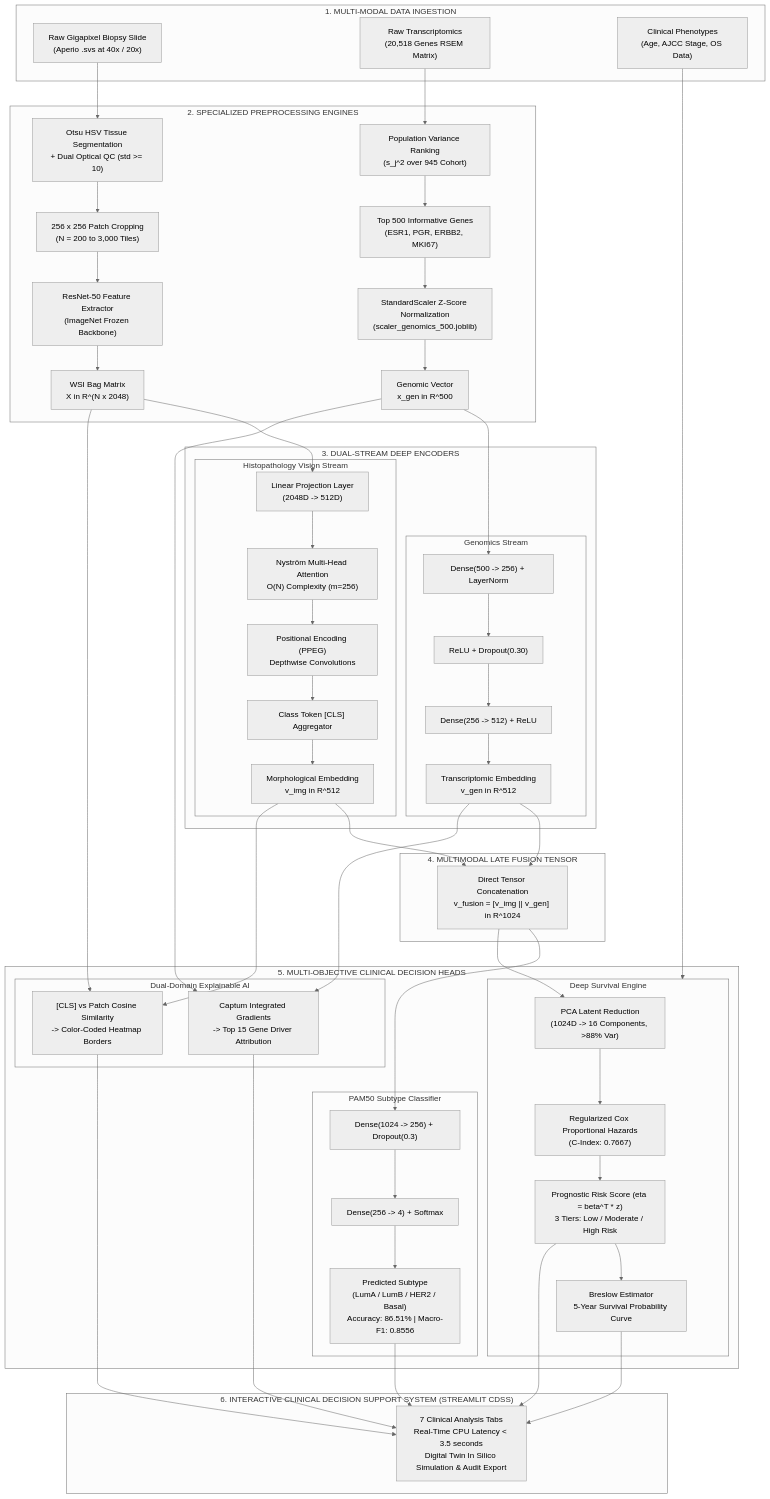
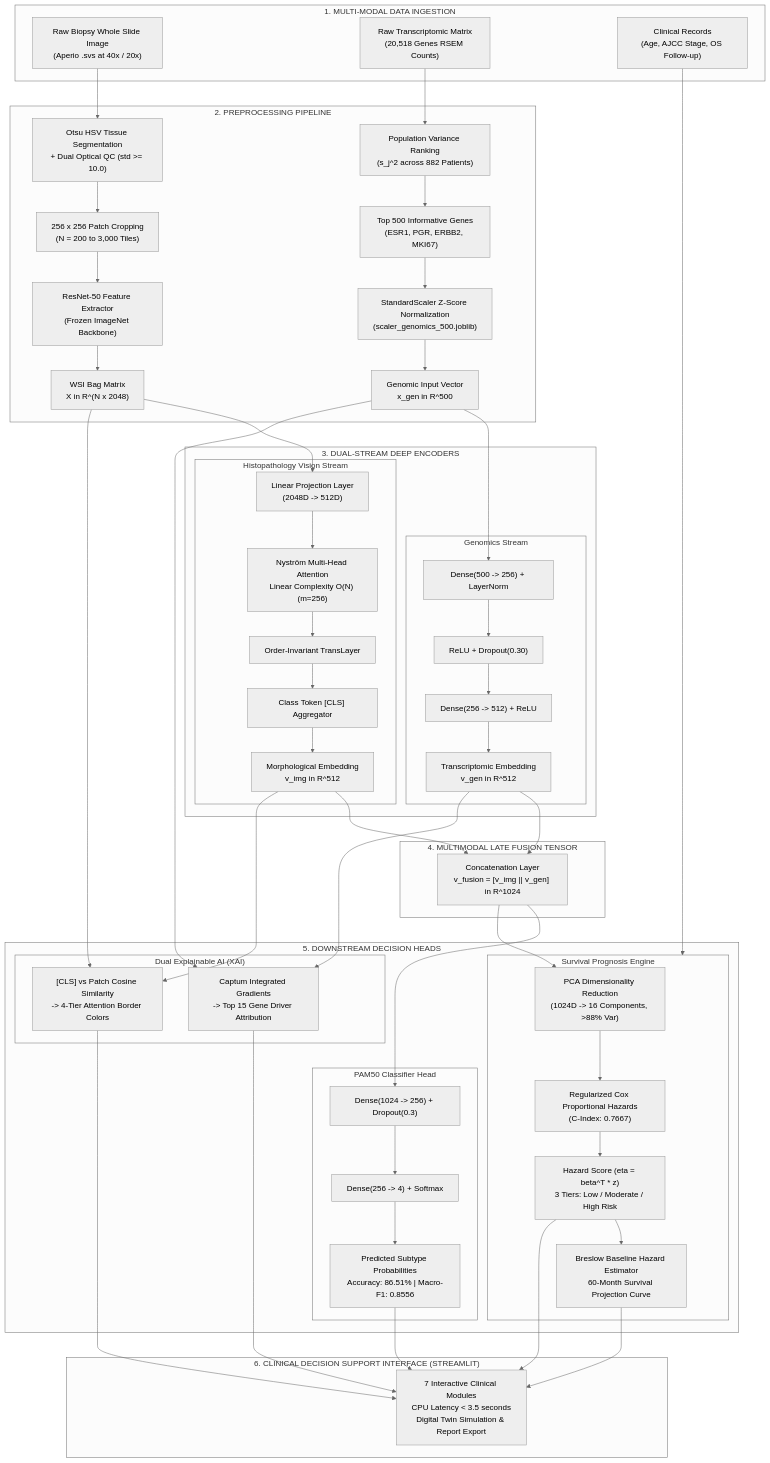
Before and after one commit to Cheesenoice/breast-cancer-cdss: the first of 9 diagrams in README.md, drawn with Mermaid (neutral theme). The commit also changed other lines of this file, not shown here.

Commit message:
docs: standardize README with rigorous, non-hyped academic reporting and exact empirical data from graduation report

````diff
--- a/README.md
+++ b/README.md
@@ -107,79 +102,79 @@
 ```mermaid
 flowchart TD
     subgraph INGESTION["1. MULTI-MODAL DATA INGESTION"]
-        WSI_RAW["Raw Gigapixel Biopsy Slide<br/>(Aperio .svs at 40x / 20x)"]
-        RNA_RAW["Raw Transcriptomics<br/>(20,518 Genes RSEM Matrix)"]
-        CLIN_RAW["Clinical Phenotypes<br/>(Age, AJCC Stage, OS Data)"]
+        WSI_RAW["Raw Biopsy Whole Slide Image<br/>(Aperio .svs at 40x / 20x)"]
+        RNA_RAW["Raw Transcriptomic Matrix<br/>(20,518 Genes RSEM Counts)"]
+        CLIN_RAW["Clinical Records<br/>(Age, AJCC Stage, OS Follow-up)"]
     end
 
-    subgraph PREPROC["2. SPECIALIZED PREPROCESSING ENGINES"]
-        OTSU["Otsu HSV Tissue Segmentation<br/>+ Dual Optical QC (std >= 10)"]
+    subgraph PREPROC["2. PREPROCESSING PIPELINE"]
+        OTSU["Otsu HSV Tissue Segmentation<br/>+ Dual Optical QC (std >= 10.0)"]
         TILES["256 x 256 Patch Cropping<br/>(N = 200 to 3,000 Tiles)"]
-        RESNET["ResNet-50 Feature Extractor<br/>(ImageNet Frozen Backbone)"]
+        RESNET["ResNet-50 Feature Extractor<br/>(Frozen ImageNet Backbone)"]
         BAG["WSI Bag Matrix<br/>X in R^(N x 2048)"]
         
-        VAR_RANK["Population Variance Ranking<br/>(s_j^2 over 945 Cohort)"]
+        VAR_RANK["Population Variance Ranking<br/>(s_j^2 across 882 Patients)"]
         TOP500["Top 500 Informative Genes<br/>(ESR1, PGR, ERBB2, MKI67)"]
         SCALER["StandardScaler Z-Score Normalization<br/>(scaler_genomics_500.joblib)"]
-        V_GEN_IN["Genomic Vector<br/>x_gen in R^500"]
+        V_GEN_IN["Genomic Input Vector<br/>x_gen in R^500"]
     end
 
     subgraph ENCODERS["3. DUAL-STREAM DEEP ENCODERS"]
         subgraph VISION_STREAM["Histopathology Vision Stream"]
             PROJ["Linear Projection Layer<br/>(2048D -> 512D)"]
-            NYSTROM["Nyström Multi-Head Attention<br/>O(N) Complexity (m=256)"]
-            PPEG["Positional Encoding (PPEG)<br/>Depthwise Convolutions"]
+            NYSTROM["Nyström Multi-Head Attention<br/>Linear Complexity O(N) (m=256)"]
+            PPEG["Order-Invariant TransLayer"]
             CLS_POOL["Class Token [CLS] Aggregator"]
             V_IMG["Morphological Embedding<br/>v_img in R^512"]
         end
 
         subgraph GENOMIC_STREAM["Genomics Stream"]
             G_FC1["Dense(500 -> 256) + LayerNorm"]
             G_ACT["ReLU + Dropout(0.30)"]
             G_FC2["Dense(256 -> 512) + ReLU"]
             V_GEN["Transcriptomic Embedding<br/>v_gen in R^512"]
         end
     end
 
     subgraph FUSION["4. MULTIMODAL LATE FUSION TENSOR"]
-        CONCAT["Direct Tensor Concatenation<br/>v_fusion = [v_img || v_gen] in R^1024"]
+        CONCAT["Concatenation Layer<br/>v_fusion = [v_img || v_gen] in R^1024"]
     end
 
-    subgraph HEADS["5. MULTI-OBJECTIVE CLINICAL DECISION HEADS"]
-        subgraph HEAD_DIAG["PAM50 Subtype Classifier"]
+    subgraph HEADS["5. DOWNSTREAM DECISION HEADS"]
+        subgraph HEAD_DIAG["PAM50 Classifier Head"]
             CLF_FC1["Dense(1024 -> 256) + Dropout(0.3)"]
             CLF_OUT["Dense(256 -> 4) + Softmax"]
-            PRED_PAM["Predicted Subtype<br/>(LumA / LumB / HER2 / Basal)<br/>Accuracy: 86.51% | Macro-F1: 0.8556"]
+            PRED_PAM["Predicted Subtype Probabilities<br/>Accuracy: 86.51% | Macro-F1: 0.8556"]
         end
 
-        subgraph HEAD_SURV["Deep Survival Engine"]
-            PCA16["PCA Latent Reduction<br/>(1024D -> 16 Components, >88% Var)"]
+        subgraph HEAD_SURV["Survival Prognosis Engine"]
+            PCA16["PCA Dimensionality Reduction<br/>(1024D -> 16 Components, >88% Var)"]
             COXPH["Regularized Cox Proportional Hazards<br/>(C-Index: 0.7667)"]
-            RISK_SCORE["Prognostic Risk Score (eta = beta^T * z)<br/>3 Tiers: Low / Moderate / High Risk"]
-            KM_CURVE["Breslow Estimator<br/>5-Year Survival Probability Curve"]
+            RISK_SCORE["Hazard Score (eta = beta^T * z)<br/>3 Tiers: Low / Moderate / High Risk"]
+            KM_CURVE["Breslow Baseline Hazard Estimator<br/>60-Month Survival Projection Curve"]
         end
 
-        subgraph HEAD_XAI["Dual-Domain Explainable AI"]
-            CLS_ATTN["[CLS] vs Patch Cosine Similarity<br/>-> Color-Coded Heatmap Borders"]
+        subgraph HEAD_XAI["Dual Explainable AI (XAI)"]
+            CLS_ATTN["[CLS] vs Patch Cosine Similarity<br/>-> 4-Tier Attention Border Colors"]
             INT_GRAD["Captum Integrated Gradients<br/>-> Top 15 Gene Driver Attribution"]
         end
     end
 
-    subgraph CDSS_APP["6. INTERACTIVE CLINICAL DECISION SUPPORT SYSTEM (STREAMLIT CDSS)"]
-        UI_TABS["7 Clinical Analysis Tabs<br/>Real-Time CPU Latency < 3.5 seconds<br/>Digital Twin In Silico Simulation & Audit Export"]
+    subgraph CDSS_APP["6. CLINICAL DECISION SUPPORT INTERFACE (STREAMLIT)"]
+        UI_TABS["7 Interactive Clinical Modules<br/>CPU Latency < 3.5 seconds<br/>Digital Twin Simulation & Report Export"]
     end
 
     WSI_RAW --> OTSU --> TILES --> RESNET --> BAG --> PROJ --> NYSTROM --> PPEG --> CLS_POOL --> V_IMG
     RNA_RAW --> VAR_RANK --> TOP500 --> SCALER --> V_GEN_IN --> G_FC1 --> G_ACT --> G_FC2 --> V_GEN
     CLIN_RAW --> HEAD_SURV
 
     V_IMG --> CONCAT
     V_GEN --> CONCAT
 
     CONCAT --> CLF_FC1 --> CLF_OUT --> PRED_PAM
     CONCAT --> PCA16 --> COXPH --> RISK_SCORE --> KM_CURVE
     V_IMG & BAG --> CLS_ATTN
     V_GEN & V_GEN_IN --> INT_GRAD
 
     PRED_PAM & RISK_SCORE & KM_CURVE & CLS_ATTN & INT_GRAD --> UI_TABS
 ```
````
